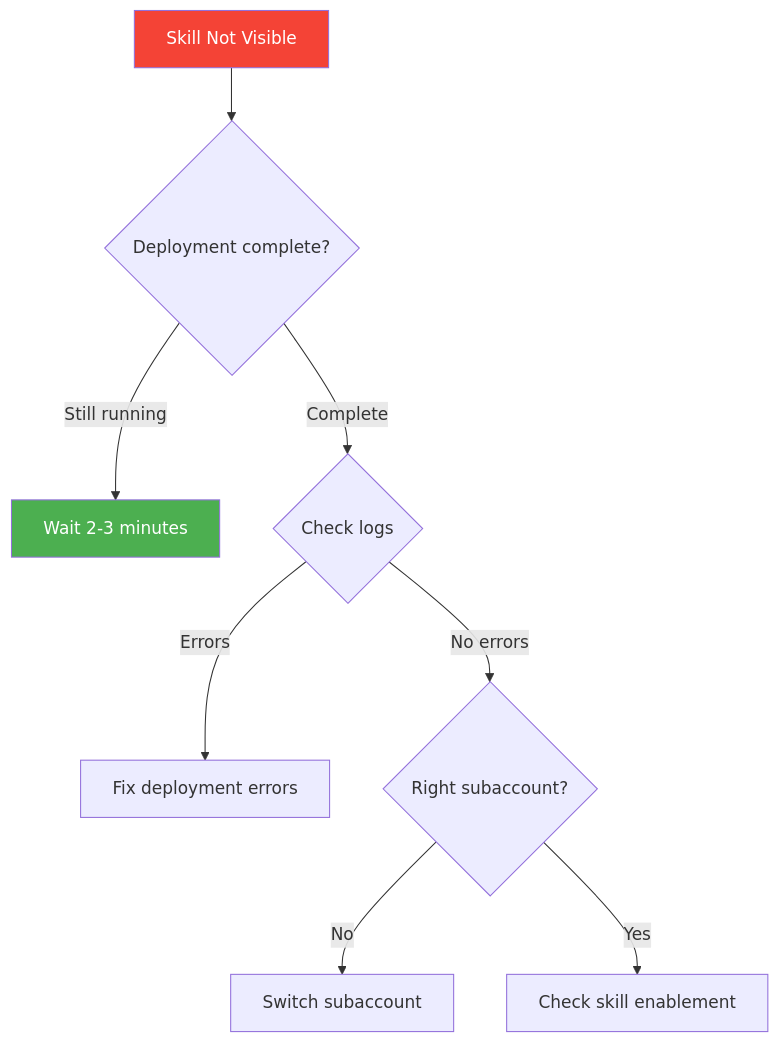
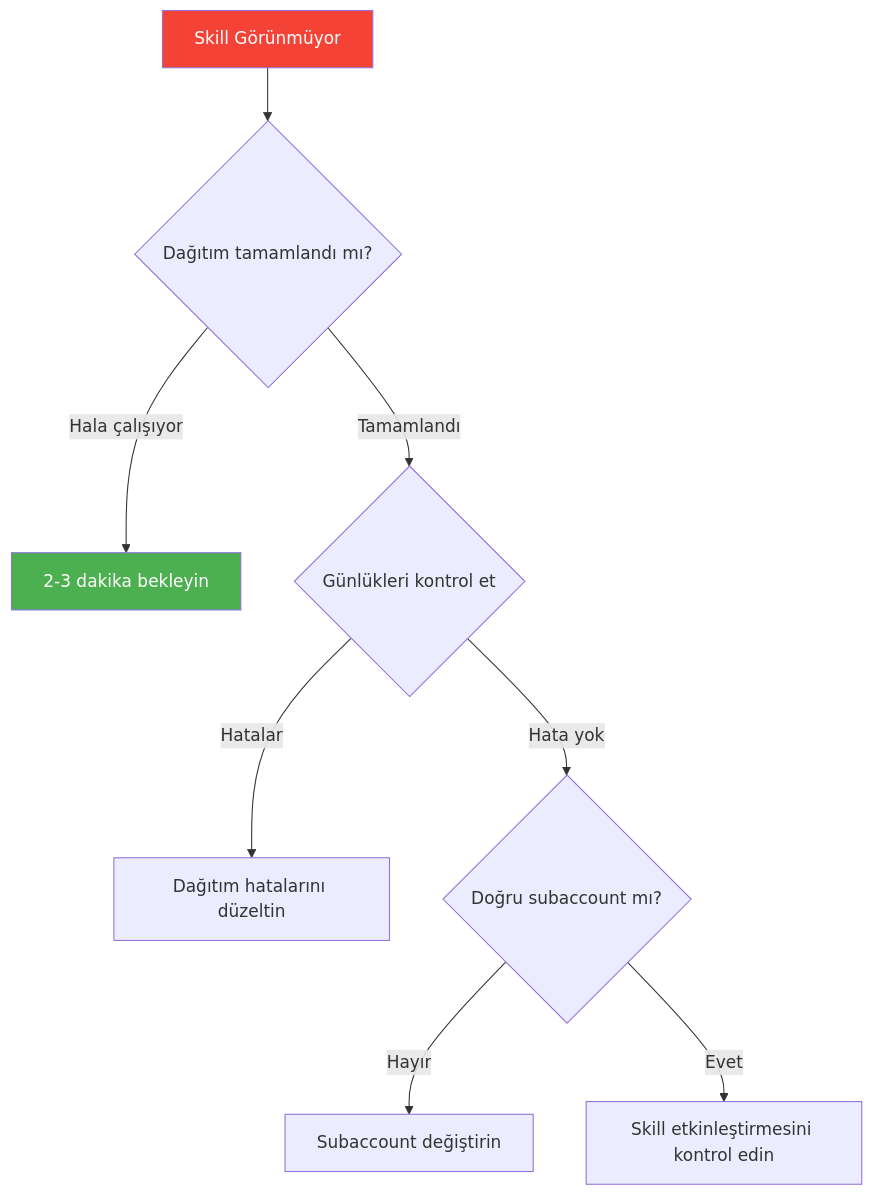
One commit to beyhanmeyrali/sap-all changed the fourth of 9 diagrams in Technical Tutorials/BTP/TR/chapters/appendix-d-troubleshooting.md. Above: the diagram before and after it, drawn with Mermaid. The commit also changed other lines of this file and 11 other files, not shown here.

````diff
--- a/Technical Tutorials/BTP/TR/chapters/appendix-d-troubleshooting.md
+++ b/Technical Tutorials/BTP/TR/chapters/appendix-d-troubleshooting.md
@@ -148,13 +148,13 @@
 ```mermaid
 flowchart TD
-    PROB[Skill Not Visible] --> C1{Deployment complete?}
-    C1 --> |"Still running"| F1[Wait 2-3 minutes]
-    C1 --> |"Complete"| C2{Check logs}
-    C2 --> |"Errors"| F2[Fix deployment errors]
-    C2 --> |"No errors"| C3{Right subaccount?}
-    C3 --> |"No"| F3[Switch subaccount]
-    C3 --> |"Yes"| F4[Check skill enablement]
+    PROB[Skill Görünmüyor] --> C1{Dağıtım tamamlandı mı?}
+    C1 --> |"Hala çalışıyor"| F1[2-3 dakika bekleyin]
+    C1 --> |"Tamamlandı"| C2{Günlükleri kontrol et}
+    C2 --> |"Hatalar"| F2[Dağıtım hatalarını düzeltin]
+    C2 --> |"Hata yok"| C3{Doğru subaccount mı?}
+    C3 --> |"Hayır"| F3[Subaccount değiştirin]
+    C3 --> |"Evet"| F4[Skill etkinleştirmesini kontrol edin]
 
     style PROB fill:#f44336,color:white
     style F1 fill:#4CAF50,color:white
 ```
````
